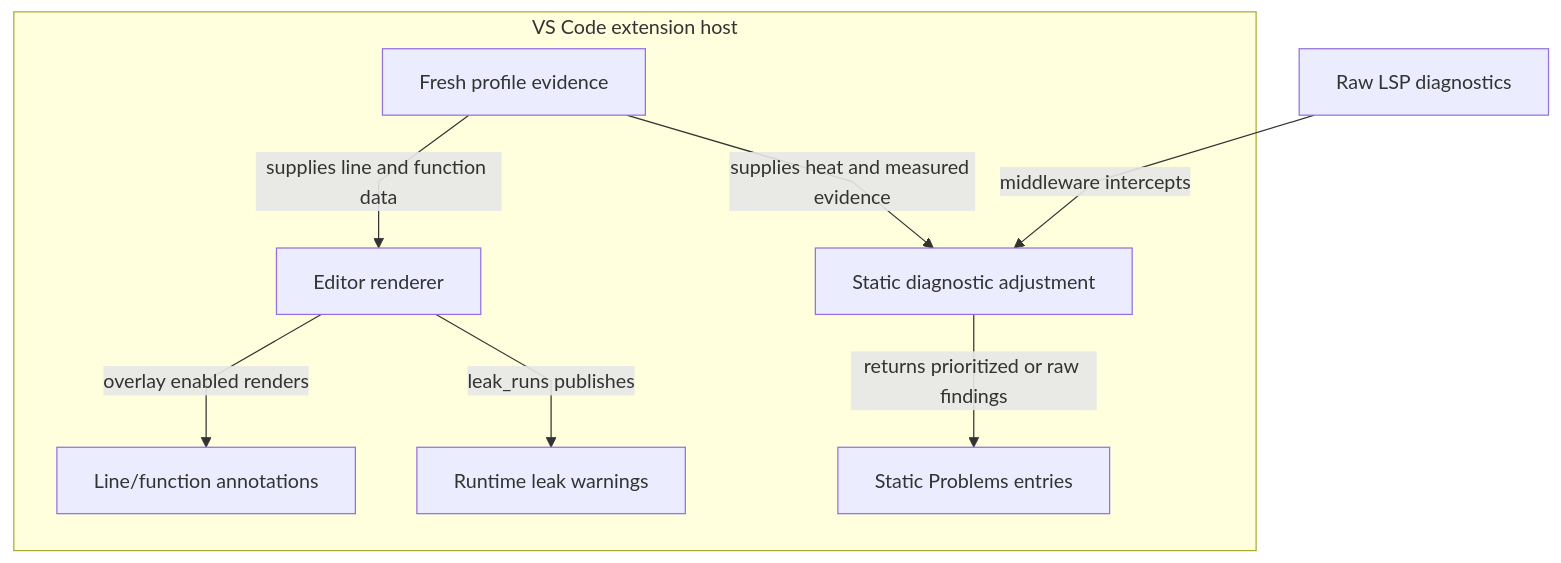
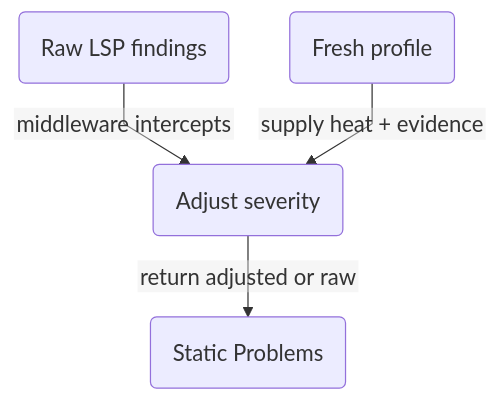
One commit to AashishTangnami/python-memory-guardian changed diagram 11 of 23 in docs/feature-map.md. Above: the diagram before and after it, drawn with Mermaid. The commit also changed other lines of this file, not shown here.

Commit message:
updated mermaid diagram for better readibility.

````diff
--- a/docs/feature-map.md
+++ b/docs/feature-map.md
@@ -239,18 +284,7 @@
 ```mermaid
-%%{init: {"fontFamily":"Inter, ui-sans-serif, system-ui, sans-serif","flowchart":{"curve":"linear","nodeSpacing":50,"rankSpacing":60},"layout":"dagre"}}%%
+%%{init: {"fontFamily":"Arial, sans-serif","themeVariables":{"fontSize":"18px","fontFamily":"Arial, sans-serif"},"flowchart":{"curve":"linear","nodeSpacing":32,"rankSpacing":40,"diagramPadding":8,"padding":18,"subGraphTitleMargin":{"top":10,"bottom":24},"htmlLabels":false},"layout":"dagre","htmlLabels":false,"themeCSS":".node rect, .cluster rect { rx: 10px; ry: 10px; } .label, .nodeLabel, .edgeLabel, .cluster-label { letter-spacing: normal; word-spacing: normal; } .edgeLabel rect { stroke: currentColor !important; stroke-width: 1px !important; stroke-dasharray: none; opacity: 1 !important; fill-opacity: 1; rx: 4px; ry: 4px; }"}}%%
 flowchart TD
-    subgraph EXT["VS Code extension host"]
-      Gate["Fresh profile evidence"]
-      Render["Editor renderer"]
-      Adjust["Static diagnostic adjustment"]
-      Labels["Line/function annotations"]
-      Runtime["Runtime leak warnings"]
-      Static["Static Problems entries"]
-    end
-    Gate -->|supplies line and function data| Render
-    Gate -->|supplies heat and measured evidence| Adjust
-    Raw["Raw LSP diagnostics"] -->|middleware intercepts| Adjust
-    Render -->|overlay enabled renders| Labels
-    Render -->|leak_runs publishes| Runtime
-    Adjust -->|returns prioritized or raw findings| Static
+Raw("Raw LSP findings") -->|middleware intercepts| Adjust("Adjust severity")
+    Fresh("Fresh profile") -->|supply heat + evidence| Adjust
+    Adjust -->|return adjusted or raw| UI("Static Problems")
 ```
````
